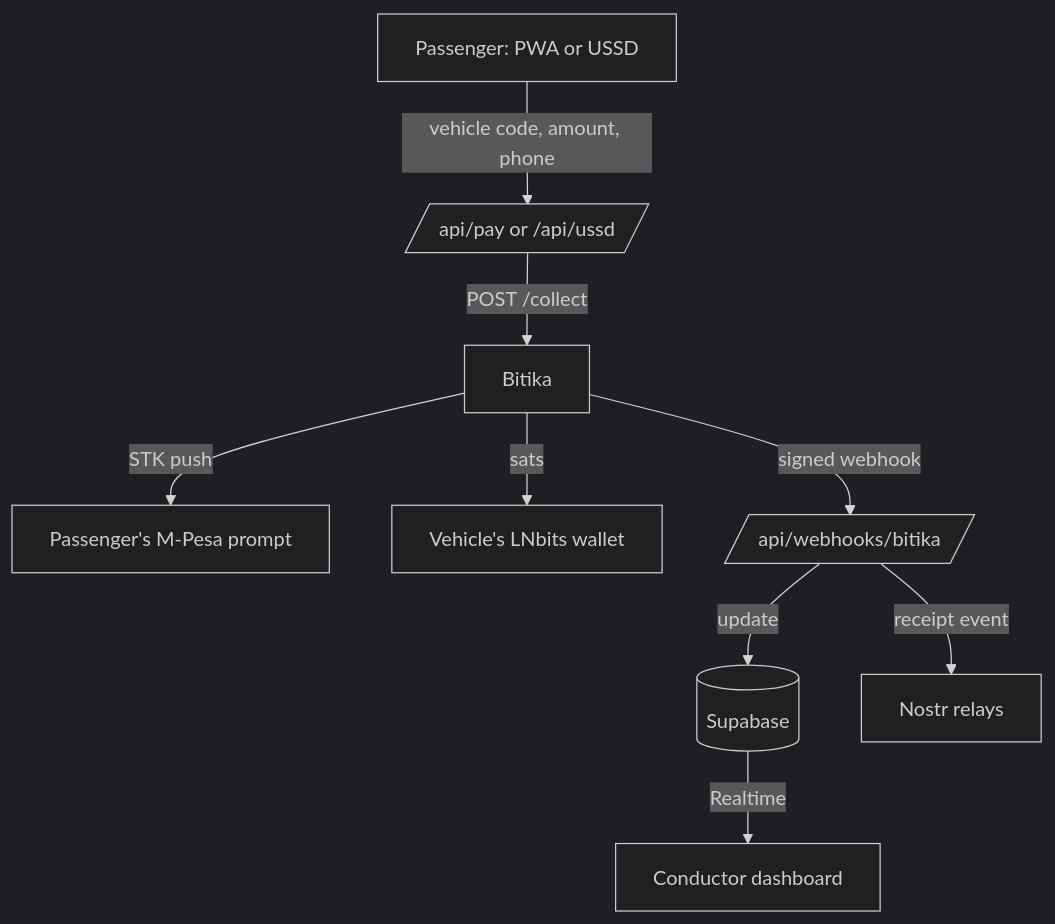
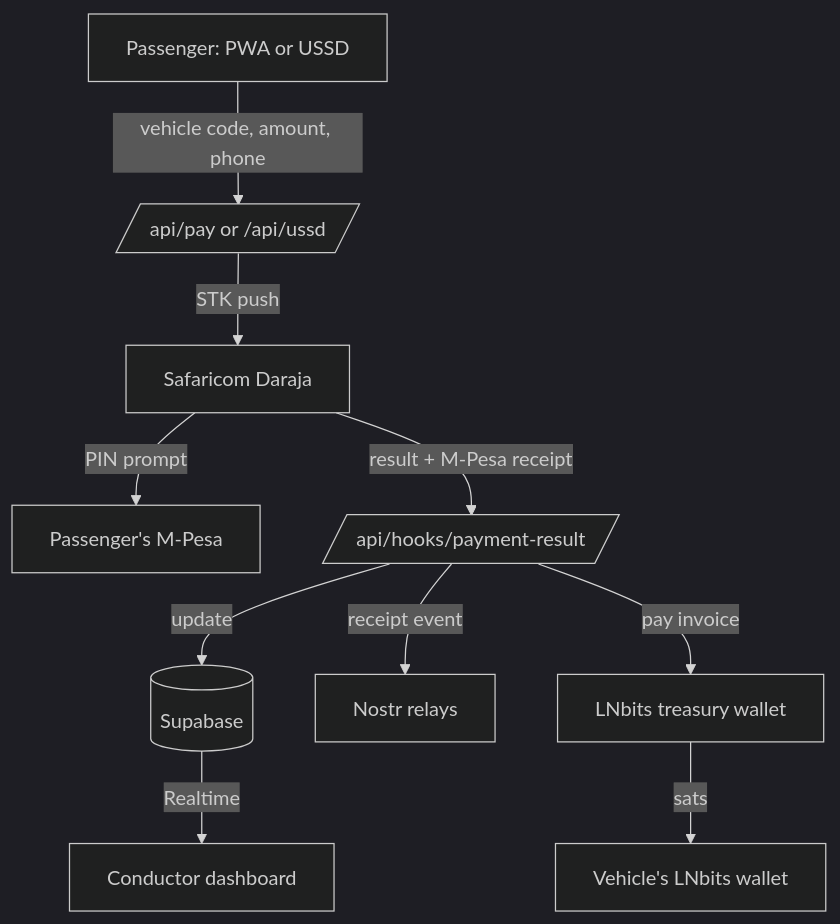
The diagram in README.md (Safaripap/safaripap), drawn with Mermaid (dark theme) before and after one commit. The commit also changed other lines of this file and 14 other files, not shown here.

First line of the commit message:
Collect every fare through Daraja, as Nauli Sacco does

````diff
--- a/README.md
+++ b/README.md
@@ -100,11 +100,12 @@
 ```mermaid
 flowchart TD
     P[Passenger: PWA or USSD] -->|vehicle code, amount, phone| API[/api/pay or /api/ussd/]
-    API -->|POST /collect| B[Bitika]
-    B -->|STK push| M[Passenger's M-Pesa prompt]
-    B -->|sats| L[Vehicle's LNbits wallet]
-    B -->|signed webhook| W[/api/webhooks/bitika/]
+    API -->|STK push| B[Safaricom Daraja]
+    B -->|PIN prompt| M[Passenger's M-Pesa]
+    B -->|result + M-Pesa receipt| W[/api/hooks/payment-result/]
     W -->|update| DB[(Supabase)]
     DB -->|Realtime| D[Conductor dashboard]
     W -->|receipt event| N[Nostr relays]
+    W -->|pay invoice| T[LNbits treasury wallet]
+    T -->|sats| L[Vehicle's LNbits wallet]
 ```
````
